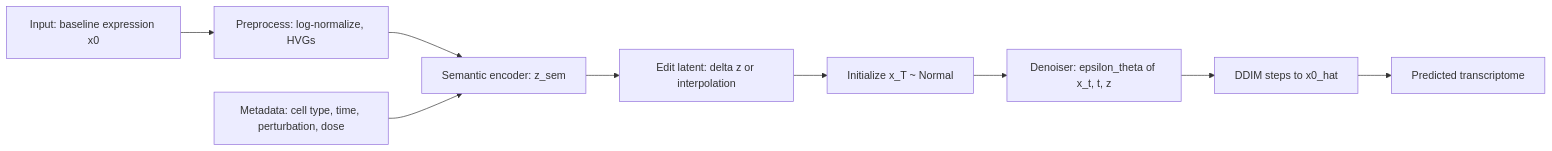
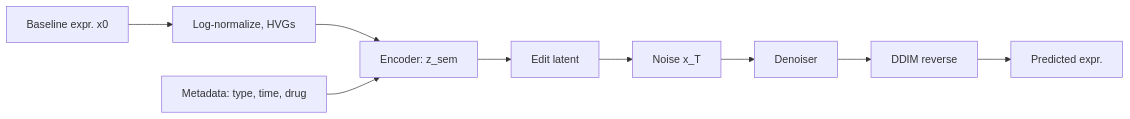
The first of 3 diagrams in blog-posts/squidiff-single-cell-diffusion-perturbation.qmd (adrian-mingxuancao/adrian-blog), drawn with Mermaid before and after one commit. The commit also changed other lines of this file and 5 other files, not shown here.

````diff
--- a/blog-posts/squidiff-single-cell-diffusion-perturbation.qmd
+++ b/blog-posts/squidiff-single-cell-diffusion-perturbation.qmd
@@ -89,11 +89,12 @@
 ```{mermaid}
+%%| fig-width: 9
 flowchart LR
-  A[Input: baseline expression x0] --> B[Preprocess: log-normalize, HVGs]
-  B --> C[Semantic encoder: z_sem]
-  D[Metadata: cell type, time, perturbation, dose] --> C
-  C --> E[Edit latent: delta z or interpolation]
-  E --> F[Initialize x_T ~ Normal]
-  F --> G[Denoiser: epsilon_theta of x_t, t, z]
-  G --> H[DDIM steps to x0_hat]
-  H --> I[Predicted transcriptome]
+  A["Baseline expr. x0"] --> B["Log-normalize, HVGs"]
+  B --> C["Encoder: z_sem"]
+  D["Metadata: type, time, drug"] --> C
+  C --> E["Edit latent"]
+  E --> F["Noise x_T"]
+  F --> G["Denoiser"]
+  G --> H["DDIM reverse"]
+  H --> I["Predicted expr."]
 ```
````
